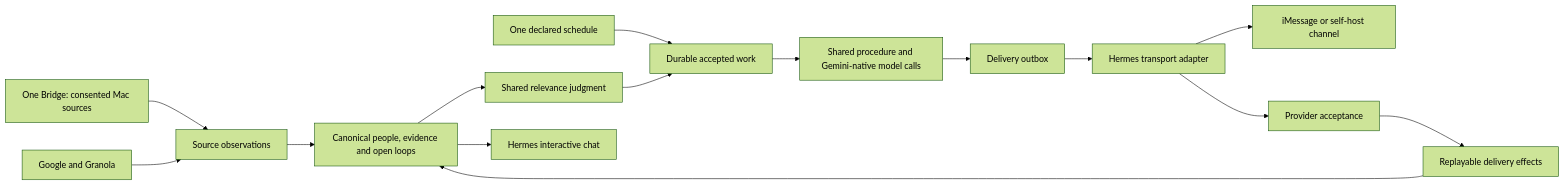
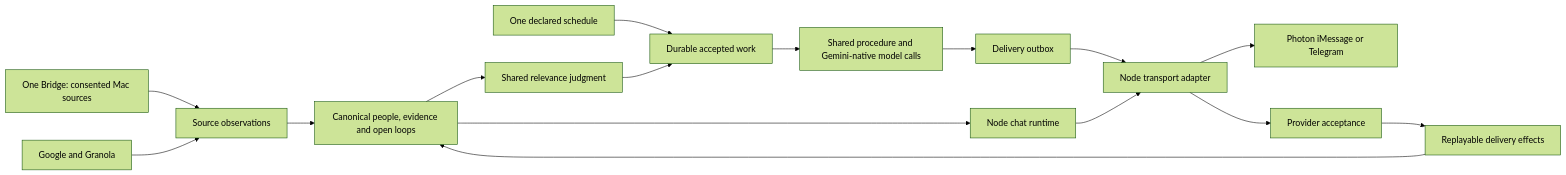
One commit to kothari-nikunj/sotto changed the diagram in docs/ARCHITECTURE.md. Above: the diagram before and after it, drawn with Mermaid (forest theme). The commit also changed other lines of this file and 1145 other files, not shown here.

````diff
--- a/docs/ARCHITECTURE.md
+++ b/docs/ARCHITECTURE.md
@@ -223,17 +460,18 @@
 ```mermaid
 flowchart LR
   Bridge[One Bridge: consented Mac sources] --> Observe[Source observations]
   Google[Google and Granola] --> Observe
   Observe --> Context[Canonical people, evidence and open loops]
   Context --> Judge[Shared relevance judgment]
   Clock[One declared schedule] --> Work[Durable accepted work]
   Judge --> Work
   Work --> Procedure[Shared procedure and Gemini-native model calls]
   Procedure --> Outbox[Delivery outbox]
-  Outbox --> Adapter[Hermes transport adapter]
-  Adapter --> Channel[iMessage or self-host channel]
+  Outbox --> Adapter[Node transport adapter]
+  Adapter --> Channel[Photon iMessage or Telegram]
   Adapter --> Ack[Provider acceptance]
   Ack --> Effects[Replayable delivery effects]
   Effects --> Context
-  Context --> Chat[Hermes interactive chat]
+  Context --> Chat[Node chat runtime]
+  Chat --> Adapter
 ```
````
